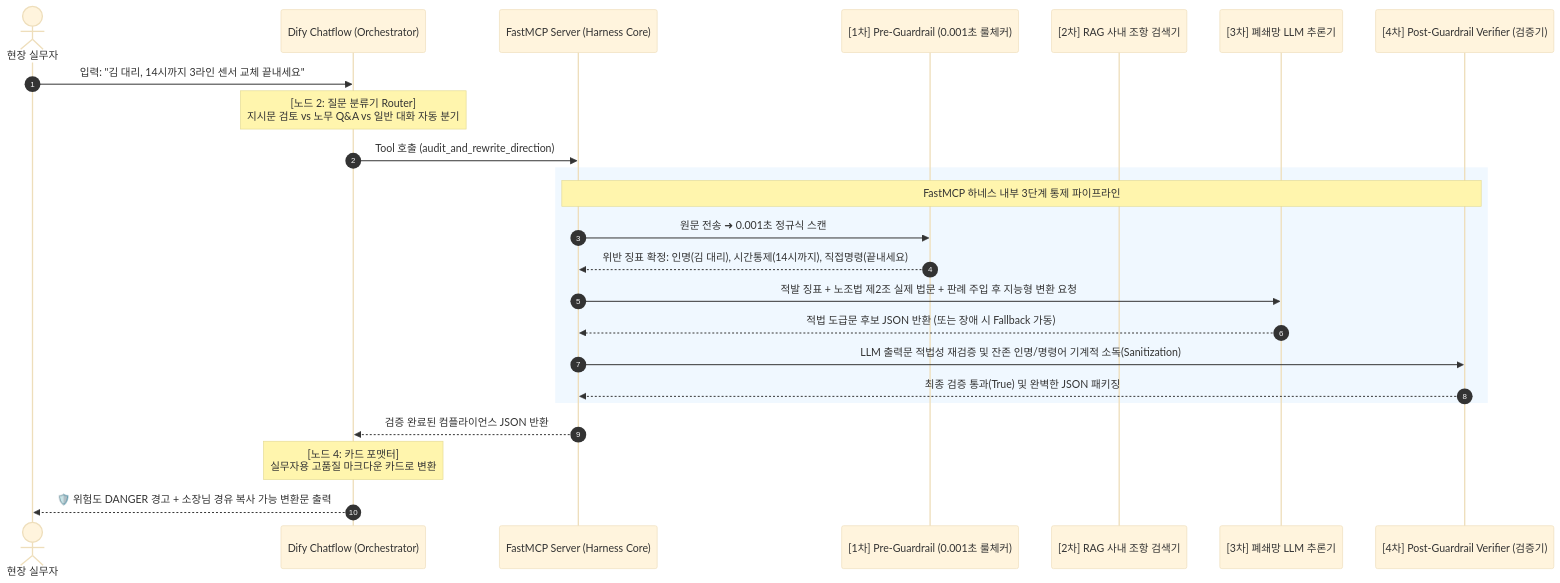
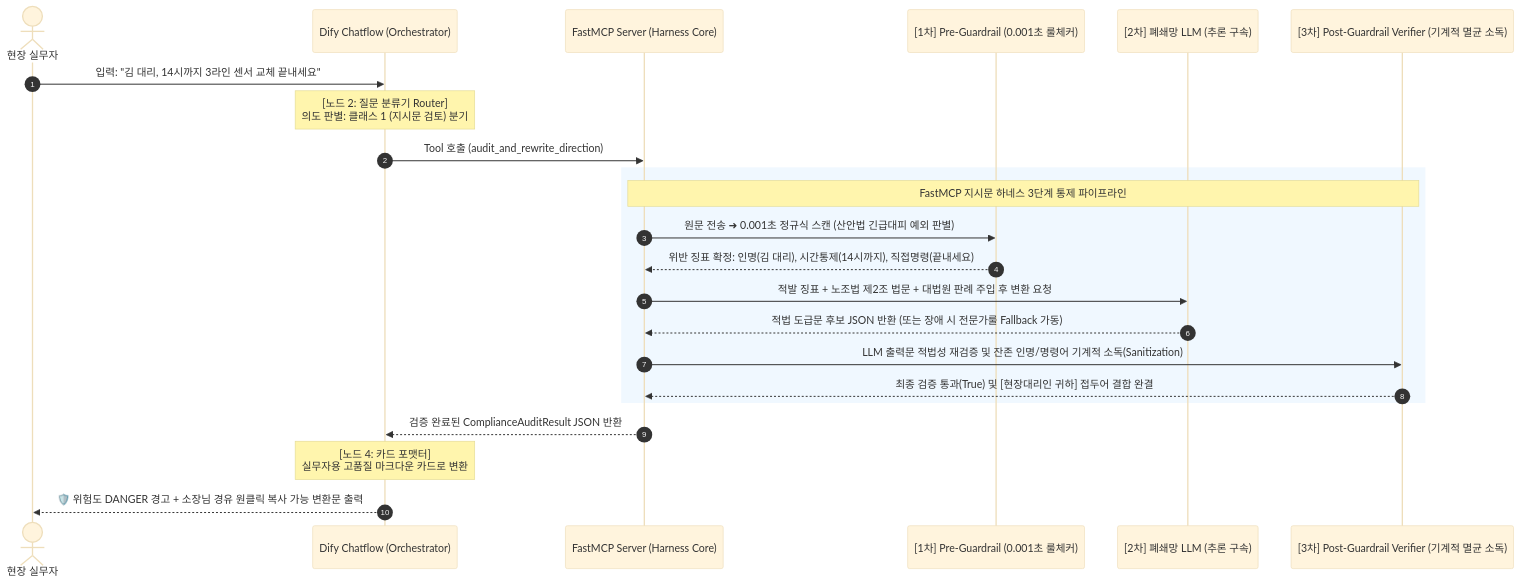
Before and after one commit to swimmingincoding/safe-guard: the first of 2 diagrams in mcp_tool/template/appendix/HARNESS_ARCHITECTURE_AND_SAFETY.md, drawn with Mermaid (base theme). The commit also changed other lines of this file and 1 other file, not shown here.

````diff
--- a/mcp_tool/template/appendix/HARNESS_ARCHITECTURE_AND_SAFETY.md
+++ b/mcp_tool/template/appendix/HARNESS_ARCHITECTURE_AND_SAFETY.md
@@ -11,29 +17,28 @@
 ```mermaid
 sequenceDiagram
     autonumber
     actor User as 현장 실무자
     participant Dify as Dify Chatflow (Orchestrator)
     participant MCP as FastMCP Server (Harness Core)
     participant Pre as [1차] Pre-Guardrail (0.001초 룰체커)
-    participant RAG as [2차] RAG 사내 조항 검색기
-    participant LLM as [3차] 폐쇄망 LLM 추론기
-    participant Post as [4차] Post-Guardrail Verifier (검증기)
+    participant LLM as [2차] 폐쇄망 LLM (추론 구속)
+    participant Post as [3차] Post-Guardrail Verifier (기계적 멸균 소독)
 
     User->>Dify: 입력: "김 대리, 14시까지 3라인 센서 교체 끝내세요"
-    Note over Dify: [노드 2: 질문 분류기 Router]<br/>지시문 검토 vs 노무 Q&A vs 일반 대화 자동 분기
+    Note over Dify: [노드 2: 질문 분류기 Router]<br/>의도 판별: 클래스 1 (지시문 검토) 분기
     Dify->>MCP: Tool 호출 (audit_and_rewrite_direction)
 
     rect rgb(240, 248, 255)
-        Note over MCP, Post: FastMCP 하네스 내부 3단계 통제 파이프라인
-        MCP->>Pre: 원문 전송 ➜ 0.001초 정규식 스캔
+        Note over MCP, Post: FastMCP 지시문 하네스 3단계 통제 파이프라인
+        MCP->>Pre: 원문 전송 ➜ 0.001초 정규식 스캔 (산안법 긴급대피 예외 판별)
         Pre-->>MCP: 위반 징표 확정: 인명(김 대리), 시간통제(14시까지), 직접명령(끝내세요)
-        MCP->>LLM: 적발 징표 + 노조법 제2조 실제 법문 + 판례 주입 후 지능형 변환 요청
-        LLM-->>MCP: 적법 도급문 후보 JSON 반환 (또는 장애 시 Fallback 가동)
+        MCP->>LLM: 적발 징표 + 노조법 제2조 법문 + 대법원 판례 주입 후 변환 요청
+        LLM-->>MCP: 적법 도급문 후보 JSON 반환 (또는 장애 시 전문가룰 Fallback 가동)
         MCP->>Post: LLM 출력문 적법성 재검증 및 잔존 인명/명령어 기계적 소독(Sanitization)
-        Post-->>MCP: 최종 검증 통과(True) 및 완벽한 JSON 패키징
+        Post-->>MCP: 최종 검증 통과(True) 및 [현장대리인 귀하] 접두어 결합 완결
     end
 
-    MCP-->>Dify: 검증 완료된 컴플라이언스 JSON 반환
+    MCP-->>Dify: 검증 완료된 ComplianceAuditResult JSON 반환
     Note over Dify: [노드 4: 카드 포맷터]<br/>실무자용 고품질 마크다운 카드로 변환
-    Dify-->>User: 🛡️ 위험도 DANGER 경고 + 소장님 경유 복사 가능 변환문 출력
+    Dify-->>User: 🛡️ 위험도 DANGER 경고 + 소장님 경유 원클릭 복사 가능 변환문 출력
 ```
````
